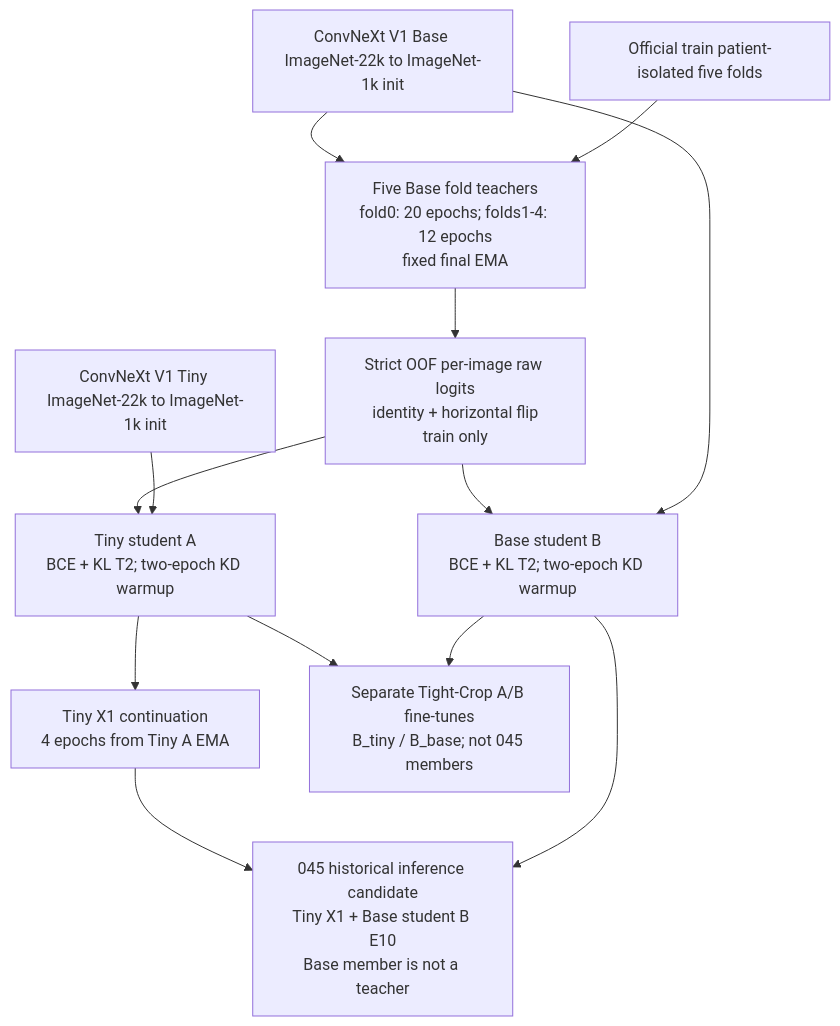
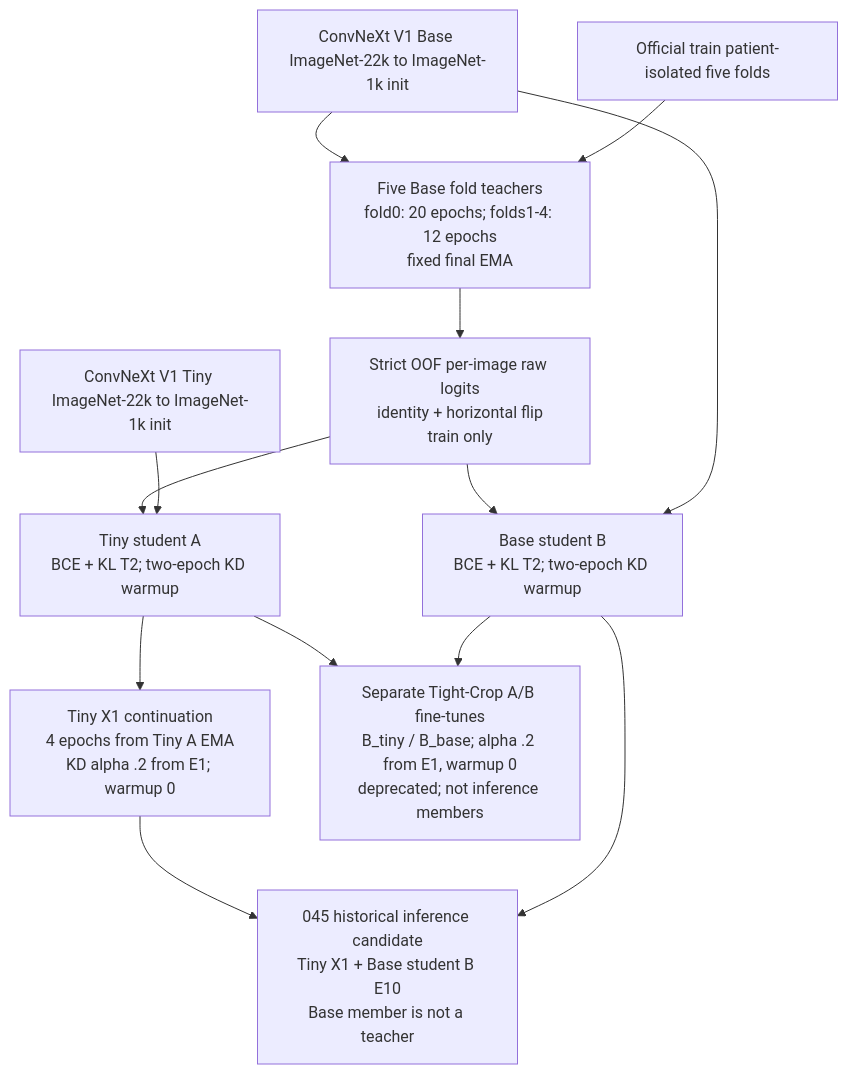
Before and after one commit to FinaleQuill/transit_depot: the diagram in artifacts/new_study_cost_20261102/compliance_batch1_draft.md, drawn with Mermaid. The commit also changed other lines of this file and 9 other files, not shown here.

````diff
--- a/artifacts/new_study_cost_20261102/compliance_batch1_draft.md
+++ b/artifacts/new_study_cost_20261102/compliance_batch1_draft.md
@@ -55,25 +74,25 @@
 ```mermaid
 flowchart TD
   PBase[ConvNeXt V1 Base ImageNet-22k to ImageNet-1k init]
   PTiny[ConvNeXt V1 Tiny ImageNet-22k to ImageNet-1k init]
   Folds[Official train patient-isolated five folds]
   Teachers[Five Base fold teachers<br/>fold0: 20 epochs; folds1-4: 12 epochs<br/>fixed final EMA]
   OOF[Strict OOF per-image raw logits<br/>identity + horizontal flip<br/>train only]
   TinyA[Tiny student A<br/>BCE + KL T2; two-epoch KD warmup]
   BaseB[Base student B<br/>BCE + KL T2; two-epoch KD warmup]
-  X1[Tiny X1 continuation<br/>4 epochs from Tiny A EMA]
+  X1[Tiny X1 continuation<br/>4 epochs from Tiny A EMA<br/>KD alpha .2 from E1; warmup 0]
   Candidate[045 historical inference candidate<br/>Tiny X1 + Base student B E10<br/>Base member is not a teacher]
-  CropBranch[Separate Tight-Crop A/B fine-tunes<br/>B_tiny / B_base; not 045 members]
+  CropBranch[Separate Tight-Crop A/B fine-tunes<br/>B_tiny / B_base; alpha .2 from E1, warmup 0<br/>deprecated; not inference members]
   PBase --> Teachers
   Folds --> Teachers
   Teachers --> OOF
   OOF --> TinyA
   OOF --> BaseB
   PTiny --> TinyA
   PBase --> BaseB
   TinyA --> X1
   X1 --> Candidate
   BaseB --> Candidate
   TinyA --> CropBranch
   BaseB --> CropBranch
 ```
````
